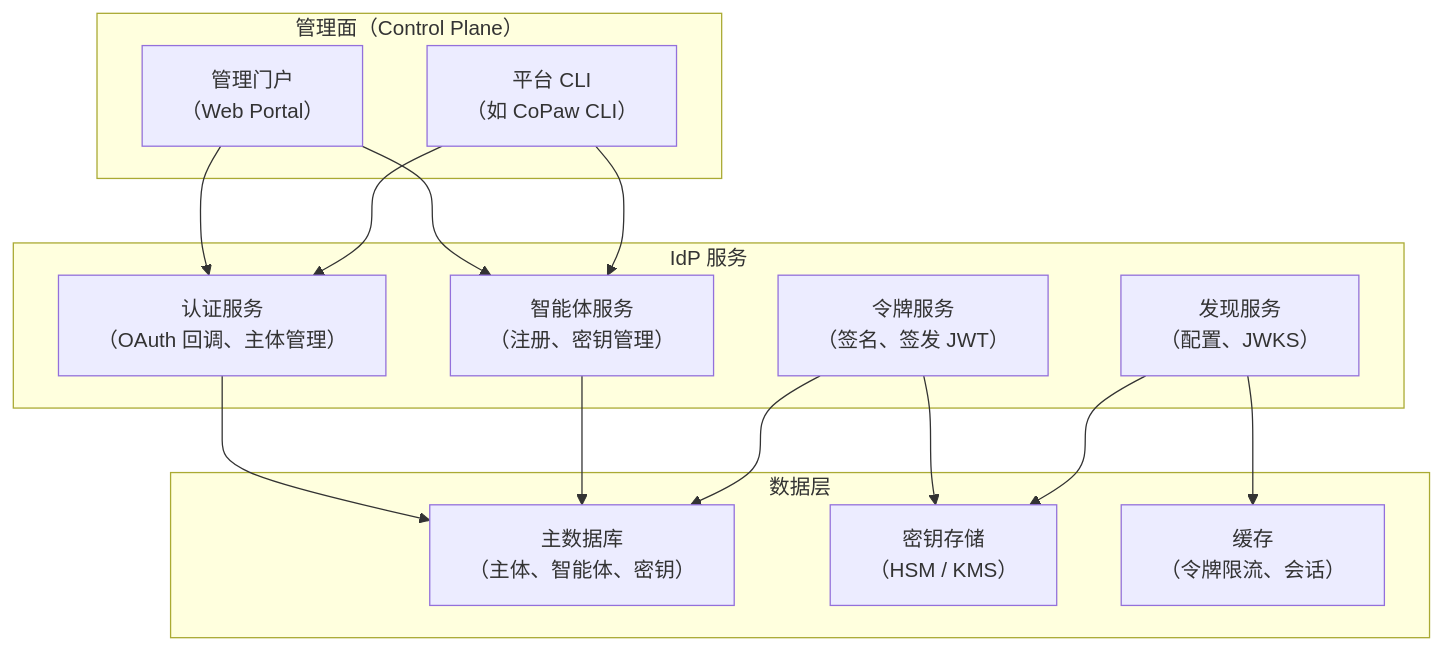
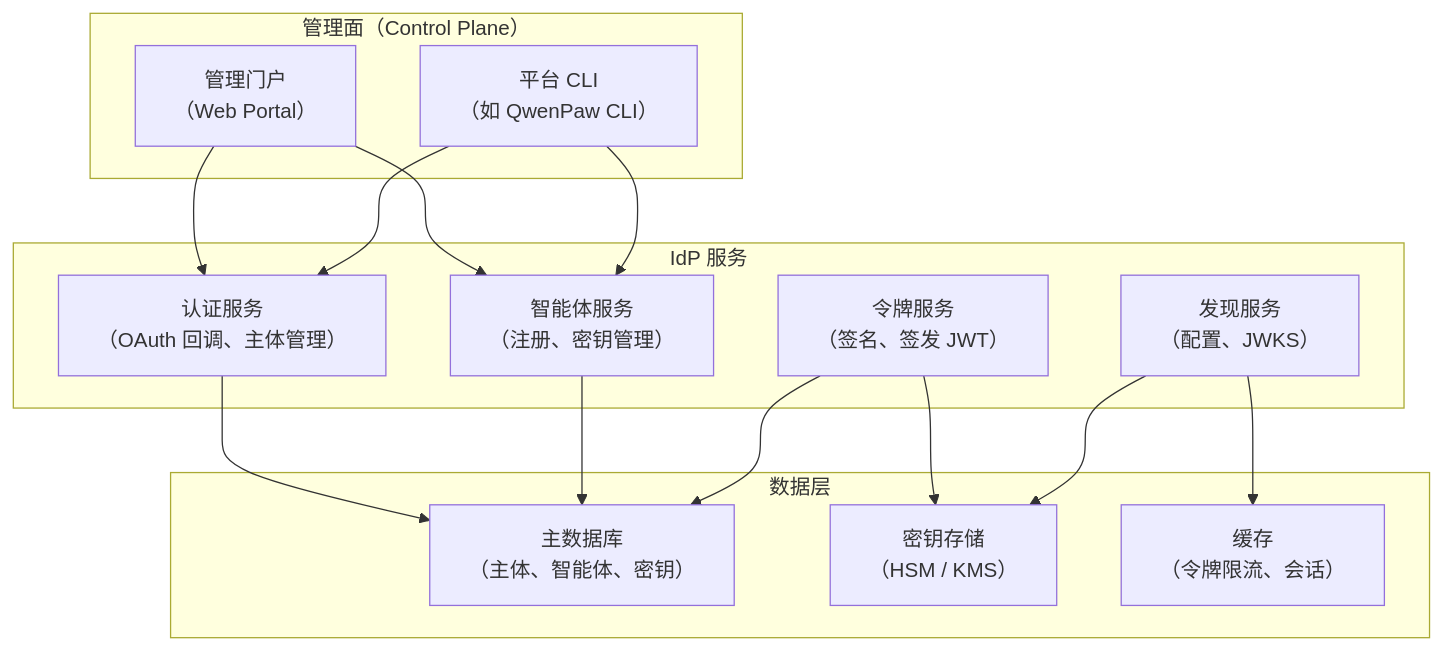
The first of 6 diagrams in design/2026-03-31-idp-implementation-guide.zh.md (agentscope-ai/agent-identity), drawn with Mermaid before and after one commit. The commit also changed other lines of this file and 10 other files, not shown here.

````diff
--- a/design/2026-03-31-idp-implementation-guide.zh.md
+++ b/design/2026-03-31-idp-implementation-guide.zh.md
@@ -27,32 +27,32 @@
 ```mermaid
 graph TB
     subgraph "管理面（Control Plane）"
         PORTAL["管理门户<br/>（Web Portal）"]
-        CLI["平台 CLI<br/>（如 CoPaw CLI）"]
+        CLI["平台 CLI<br/>（如 QwenPaw CLI）"]
     end
 
     subgraph "IdP 服务"
         AUTH["认证服务<br/>（OAuth 回调、主体管理）"]
         AGENT_SVC["智能体服务<br/>（注册、密钥管理）"]
         TOKEN_SVC["令牌服务<br/>（签名、签发 JWT）"]
         DISCOVERY["发现服务<br/>（配置、JWKS）"]
     end
 
     subgraph "数据层"
         DB["主数据库<br/>（主体、智能体、密钥）"]
         HSM["密钥存储<br/>（HSM / KMS）"]
         CACHE["缓存<br/>（令牌限流、会话）"]
     end
 
     PORTAL --> AUTH
     PORTAL --> AGENT_SVC
     CLI --> AUTH
     CLI --> AGENT_SVC
 
     AUTH --> DB
     AGENT_SVC --> DB
     TOKEN_SVC --> DB
     TOKEN_SVC --> HSM
     DISCOVERY --> HSM
     DISCOVERY --> CACHE
 ```
````
